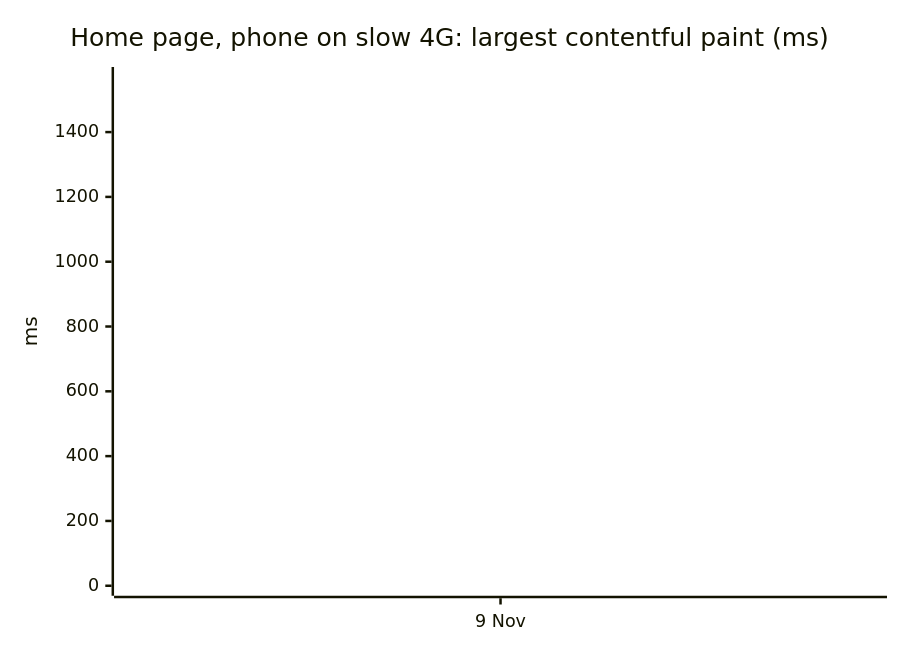
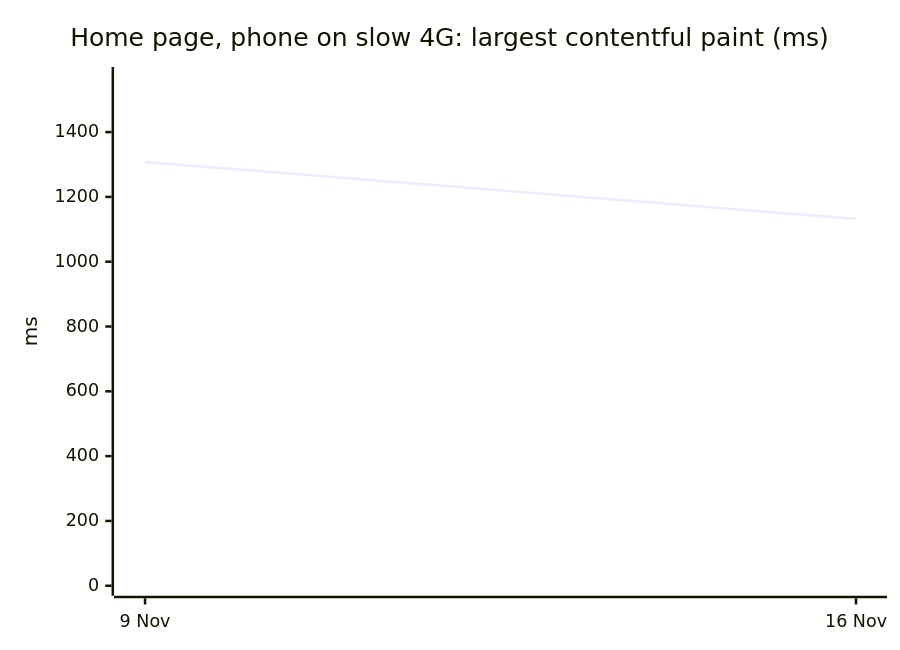
The third of 5 diagrams in README.md (chiragdev1/ckauth), drawn with Mermaid before and after one commit. The commit also changed other lines of this file and 1 other file, not shown here.

````diff
--- a/README.md
+++ b/README.md
@@ -55,7 +55,7 @@
 ```mermaid
 xychart-beta
   title "Home page, phone on slow 4G: largest contentful paint (ms)"
-  x-axis ["9 Nov"]
+  x-axis ["9 Nov", "16 Nov"]
   y-axis "ms" 0 --> 1570
-  line [1308]
+  line [1308, 1132]
 ```
````
